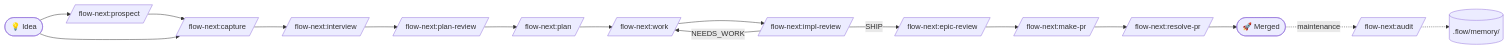
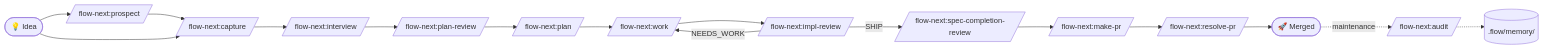
Before and after one commit to glowElephant/flow-next: the diagram in plugins/flow-next/docs/teams.md, drawn with Mermaid. The commit also changed other lines of this file and 2 other files, not shown here.

````diff
--- a/plugins/flow-next/docs/teams.md
+++ b/plugins/flow-next/docs/teams.md
@@ -37,19 +37,19 @@
 ```mermaid
 flowchart LR
     Idea([💡 Idea]) --> Prospect[/flow-next:prospect/]
     Prospect --> Capture[/flow-next:capture/]
     Idea --> Capture
     Capture --> Interview[/flow-next:interview/]
     Interview --> PlanReview[/flow-next:plan-review/]
     PlanReview --> Plan[/flow-next:plan/]
     Plan --> Work[/flow-next:work/]
     Work --> ImplReview[/flow-next:impl-review/]
-    ImplReview -->|SHIP| EpicReview[/flow-next:epic-review/]
+    ImplReview -->|SHIP| SpecCompletionReview[/flow-next:spec-completion-review/]
     ImplReview -->|NEEDS_WORK| Work
-    EpicReview --> MakePR[/flow-next:make-pr/]
+    SpecCompletionReview --> MakePR[/flow-next:make-pr/]
     MakePR --> ResolvePR[/flow-next:resolve-pr/]
     ResolvePR --> Merged([🚀 Merged])
 
     Merged -.maintenance.-> Audit[/flow-next:audit/]
     Audit -.-> Memory[(.flow/memory/)]
 ```
````
